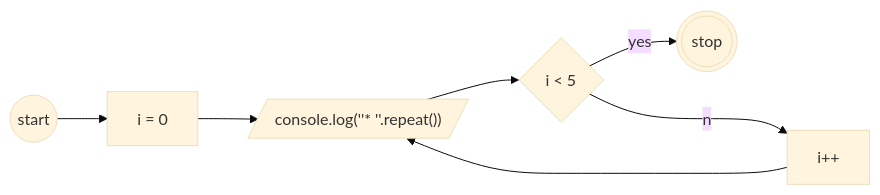
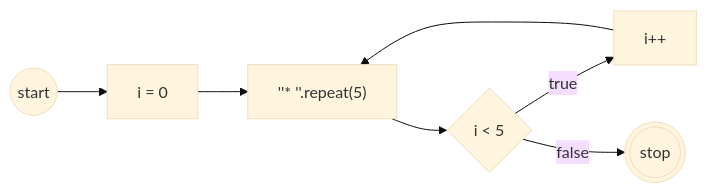
The diagram in README.md (ecenn/koda-b10-javascript3), drawn with Mermaid (base theme) before and after one commit.

````diff
--- a/README.md
+++ b/README.md
@@ -17,18 +17,18 @@
 ```mermaid
 
 flowchart LR
 
 a((start))
 b[i = 0]
-c[/"console.log(''* ''.repeat())"/]
+c["''* ''.repeat(5)"]
 d{i < 5}
 e[i++]
 z(((stop)))
 
 a --> b
 b --> c
 c --> d
-d --no--> e
-d --yes--> z
+d --true--> e
+d --false--> z
 e --> c
 ```
````
